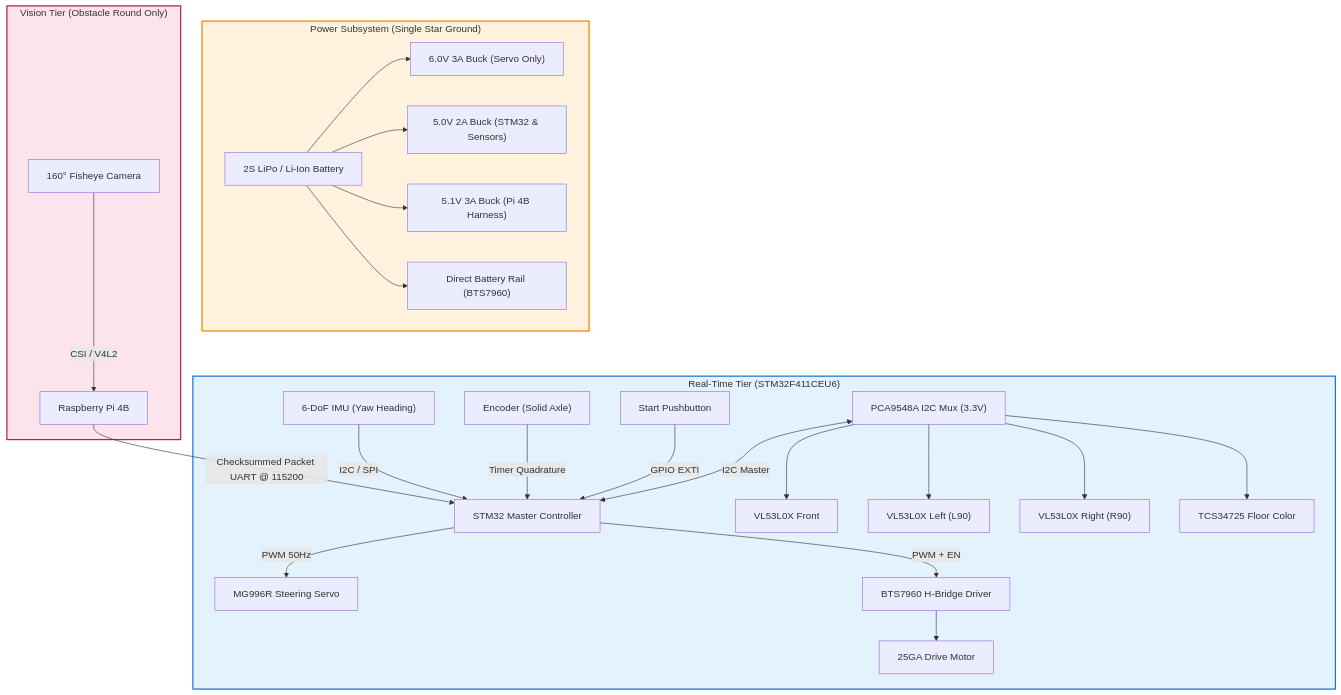
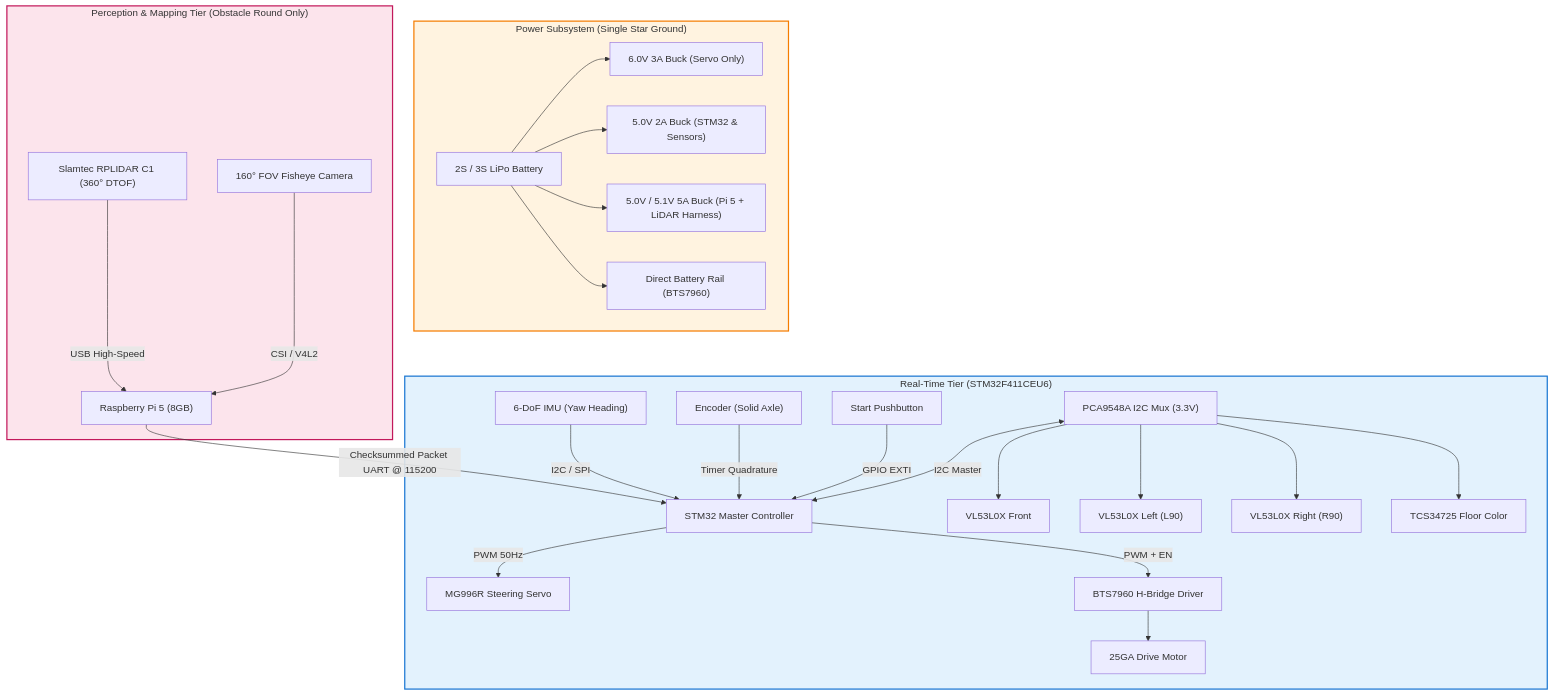
The diagram in README.md (ShammanRahin/WRO_TeamBluePrint), drawn with Mermaid before and after one commit. The commit also changed other lines of this file and 4 other files, not shown here.

Commit message:
feat(hardware): upgrade SBC to Raspberry Pi 5 (8GB), integrate RPLIDAR C1 and 160° FOV camera

````diff
--- a/README.md
+++ b/README.md
@@ -69,34 +72,35 @@
 ```mermaid
 graph TD
     subgraph Power ["Power Subsystem (Single Star Ground)"]
-        BAT["2S LiPo / Li-Ion Battery"] --> REG6["6.0V 3A Buck (Servo Only)"]
+        BAT["2S / 3S LiPo Battery"] --> REG6["6.0V 3A Buck (Servo Only)"]
         BAT --> REG5["5.0V 2A Buck (STM32 & Sensors)"]
-        BAT --> REG51["5.1V 3A Buck (Pi 4B Harness)"]
+        BAT --> REG55["5.0V / 5.1V 5A Buck (Pi 5 + LiDAR Harness)"]
         BAT --> DRV_PWR["Direct Battery Rail (BTS7960)"]
     end
 
     subgraph LowLevel ["Real-Time Tier (STM32F411CEU6)"]
         STM["STM32 Master Controller"]
         IMU["6-DoF IMU (Yaw Heading)"] -->|I2C / SPI| STM
         ENC["Encoder (Solid Axle)"] -->|Timer Quadrature| STM
         BTN["Start Pushbutton"] -->|GPIO EXTI| STM
         MUX["PCA9548A I2C Mux (3.3V)"] <-->|I2C Master| STM
         MUX --> TOF1["VL53L0X Front"]
         MUX --> TOF2["VL53L0X Left (L90)"]
         MUX --> TOF3["VL53L0X Right (R90)"]
         MUX --> COL["TCS34725 Floor Color"]
         
         STM -->|PWM 50Hz| SERVO["MG996R Steering Servo"]
         STM -->|PWM + EN| BTS["BTS7960 H-Bridge Driver"] --> MOTOR["25GA Drive Motor"]
     end
 
-    subgraph HighLevel ["Vision Tier (Obstacle Round Only)"]
-        PI["Raspberry Pi 4B"]
-        CAM["160° Fisheye Camera"] -->|CSI / V4L2| PI
+    subgraph HighLevel ["Perception & Mapping Tier (Obstacle Round Only)"]
+        PI["Raspberry Pi 5 (8GB)"]
+        LIDAR["Slamtec RPLIDAR C1 (360° DTOF)"] -->|USB High-Speed| PI
+        CAM["160° FOV Fisheye Camera"] -->|CSI / V4L2| PI
         PI -->|Checksummed Packet UART @ 115200| STM
     end
 
     style Power fill:#fff3e0,stroke:#f57c00,stroke-width:2px
     style LowLevel fill:#e3f2fd,stroke:#1976d2,stroke-width:2px
     style HighLevel fill:#fce4ec,stroke:#c2185b,stroke-width:2px
 ```
````
